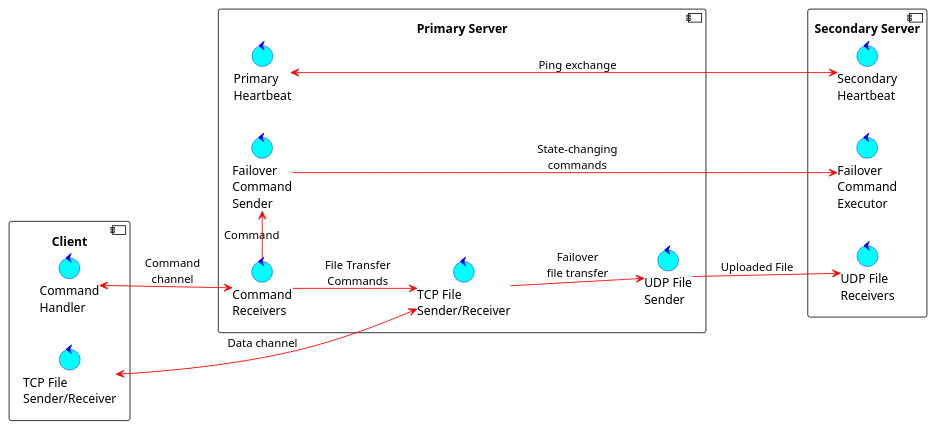
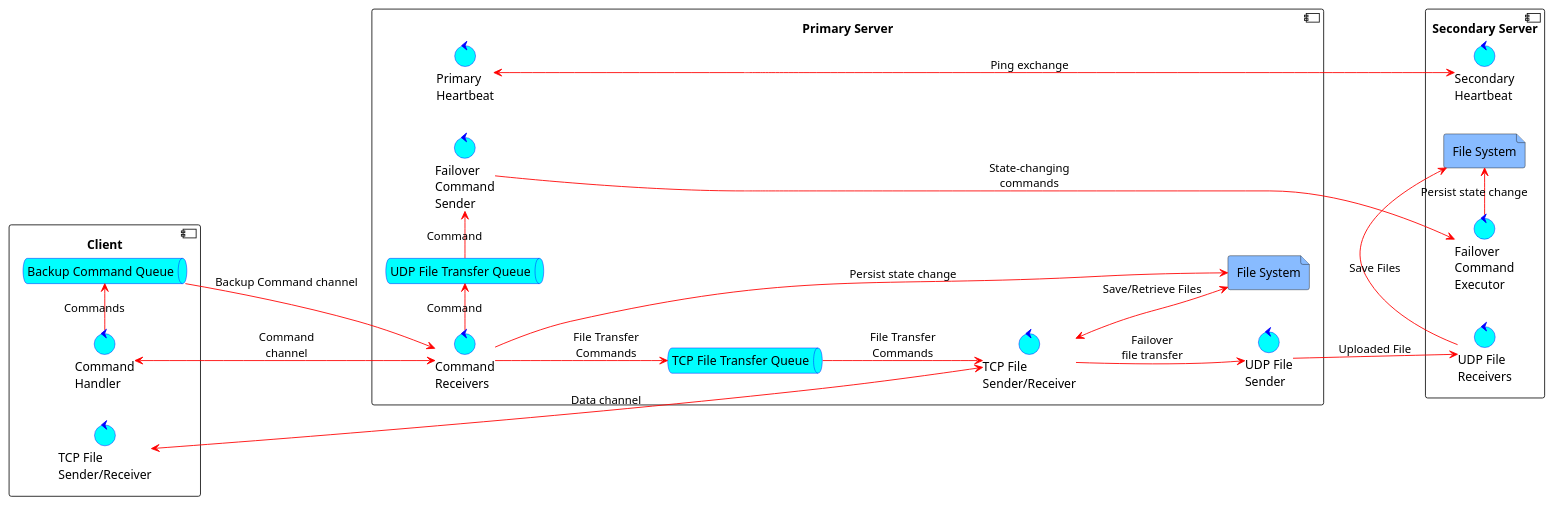
One commit to PomatoCoCEO/UcDrive changed the diagram in arch/architecture.puml. Above: the diagram before and after it, drawn with PlantUML. The commit also changed 7 other files, not shown here.

Commit message:
ARCH: more uml diagrams to describe functionalities

```diff
--- a/arch/architecture.puml
+++ b/arch/architecture.puml
@@ -1,37 +1,55 @@
-@startuml arch
+@startuml architecture
 'default
 left to right direction
 skinparam ControlBackgroundColor #00ffff
 skinparam ControlBorderColor #0000ff
 skinparam ArrowColor #ff0000
 skinparam ControlFontName Consolas
+skinparam QueueBackgroundColor #00ffff
+skinparam QueueBorderColor #0000ff
+skinparam FileBackgroundColor #88bbff
 component client as "Client"{
     control "TCP File\nSender/Receiver" AS tcp_client_file_sender_receiver
     control "Command\nHandler" AS command_handler
+    queue "Backup Command Queue" as backup_command_queue
 }
 
 component primary_server as "Primary Server" {
     control "Command\nReceivers" AS command_receivers
     control "TCP File\nSender/Receiver" AS tcp_server_file_sender_receiver
     control "Failover\nCommand\nSender" AS failover_command_sender
     control "UDP File\nSender" AS udp_file_sender
     control "Primary\nHeartbeat" AS primary_heartbeat
+    queue "UDP File Transfer Queue" as udp_queue
+    queue "TCP File Transfer Queue" as tcp_queue
+    file "File System" as pfs
 }
 
 component secondary_server as "Secondary Server" {
     control "Secondary\nHeartbeat" AS secondary_heartbeat
     control "Failover\nCommand\nExecutor" AS failover_command_executor
     control "UDP File\nReceivers" AS udp_file_receivers
+    file "File System" as sfs
 }
+
+
 
 primary_heartbeat <-> secondary_heartbeat : Ping exchange
 command_handler <--> command_receivers: Command\nchannel
-command_receivers -right-> failover_command_sender: Command
-command_receivers --> tcp_server_file_sender_receiver: File Transfer\nCommands
+backup_command_queue --> command_receivers: Backup Command channel
+command_handler -> backup_command_queue: Commands
+command_receivers -right-> udp_queue: Command
+command_receivers -> pfs: Persist state change
+udp_queue -right-> failover_command_sender: Command
+command_receivers --> tcp_queue: File Transfer\nCommands
+tcp_queue --> tcp_server_file_sender_receiver: File Transfer\nCommands
 tcp_server_file_sender_receiver --> udp_file_sender: Failover\nfile transfer
+tcp_server_file_sender_receiver <--> pfs: Save/Retrieve Files
+udp_file_sender --> udp_file_receivers: Uploaded File
+failover_command_sender -right-> failover_command_executor: State-changing\ncommands
+failover_command_executor -> sfs: Persist state change
+udp_file_receivers -> sfs: Save Files
 tcp_client_file_sender_receiver <-right-> tcp_server_file_sender_receiver: Data channel
-udp_file_sender --> udp_file_receivers: Uploaded File
-failover_command_sender --> failover_command_executor: State-changing\ncommands
 
 
 @enduml
```
